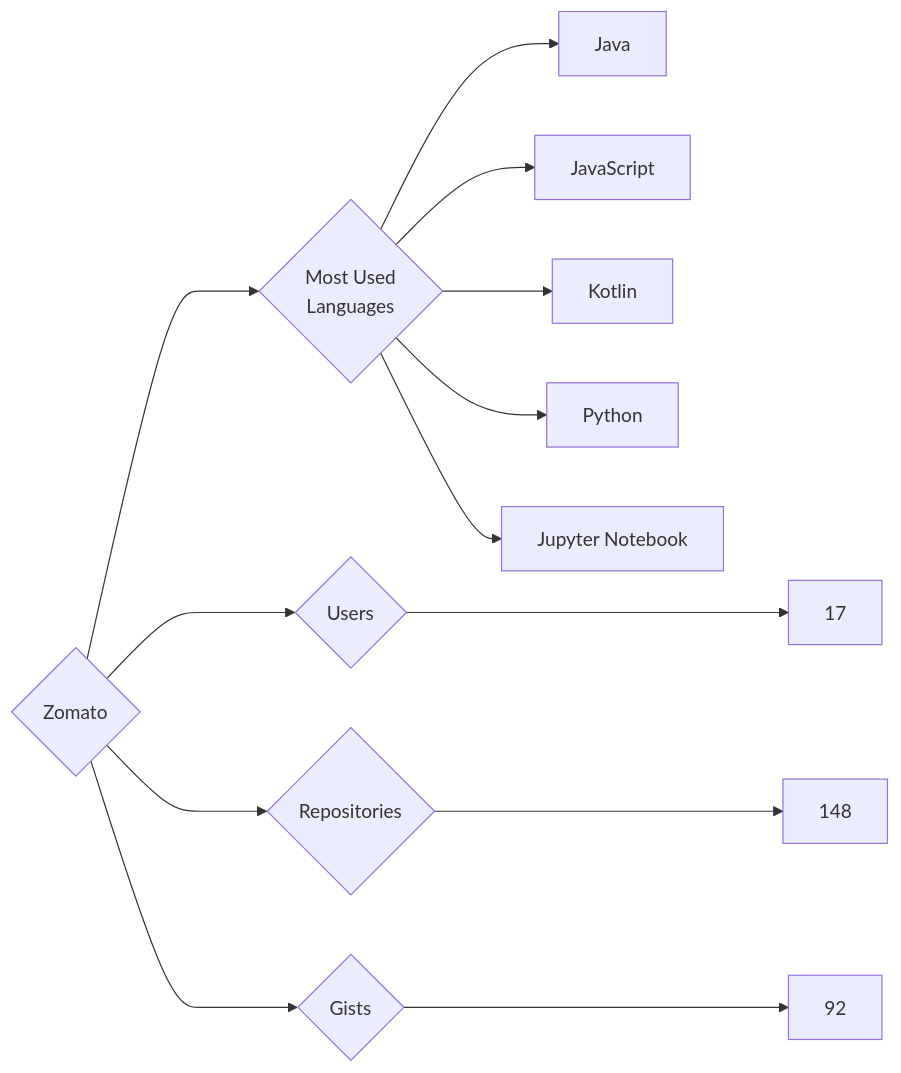
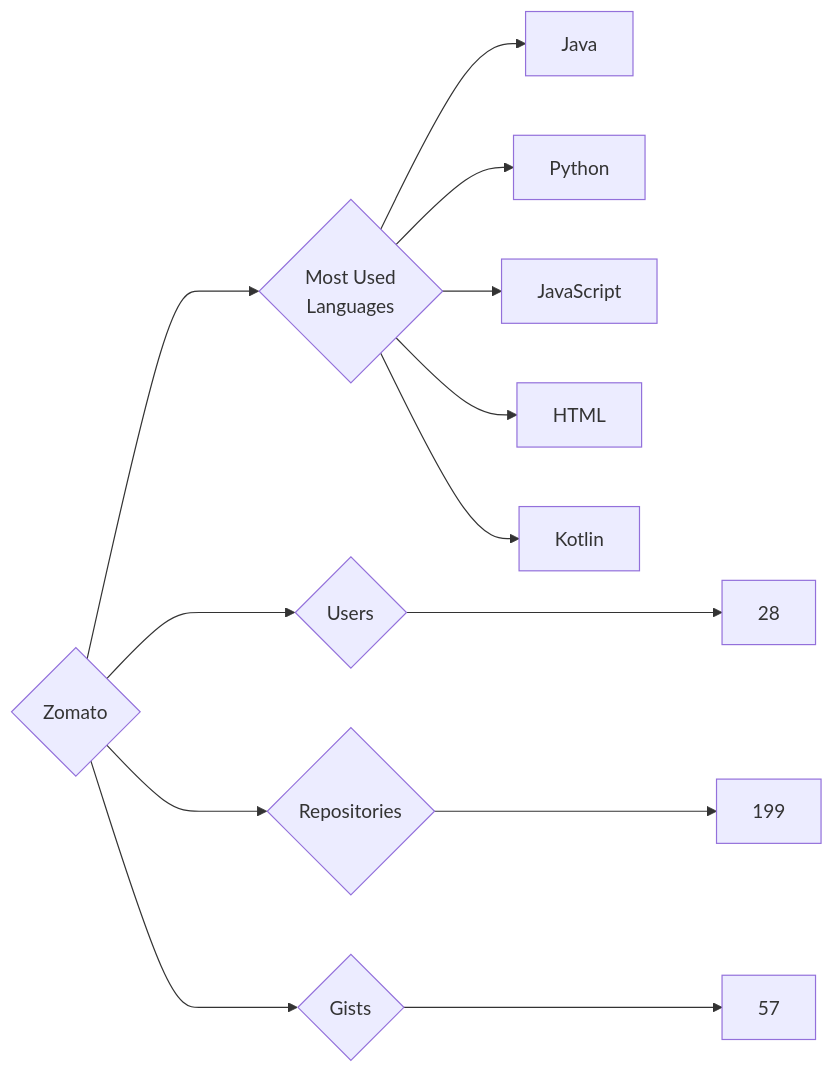
The diagram in targets/Zomato/README.md (trickest/insiders), drawn with Mermaid before and after one commit. The commit also changed 940 other files, not shown here.

````diff
--- a/targets/Zomato/README.md
+++ b/targets/Zomato/README.md
@@ -3,13 +3,13 @@
 ```mermaid
 graph LR
 COMPANY_NAME{Zomato}
-COMPANY_NAME ---> U{Users} ---> UN[17]
-COMPANY_NAME ---> R{Repositories} ---> RN[148]
-COMPANY_NAME ---> G{Gists} ---> GN[92]
+COMPANY_NAME ---> U{Users} ---> UN[28]
+COMPANY_NAME ---> R{Repositories} ---> RN[199]
+COMPANY_NAME ---> G{Gists} ---> GN[57]
 COMPANY_NAME ---> ML{Most Used<br>Languages}
 ML --> Java[Java]
+ML --> Python[Python]
 ML --> JavaScript[JavaScript]
+ML --> HTML[HTML]
 ML --> Kotlin[Kotlin]
-ML --> Python[Python]
-ML --> Jupyter_Notebook[Jupyter Notebook]
 ```
````
